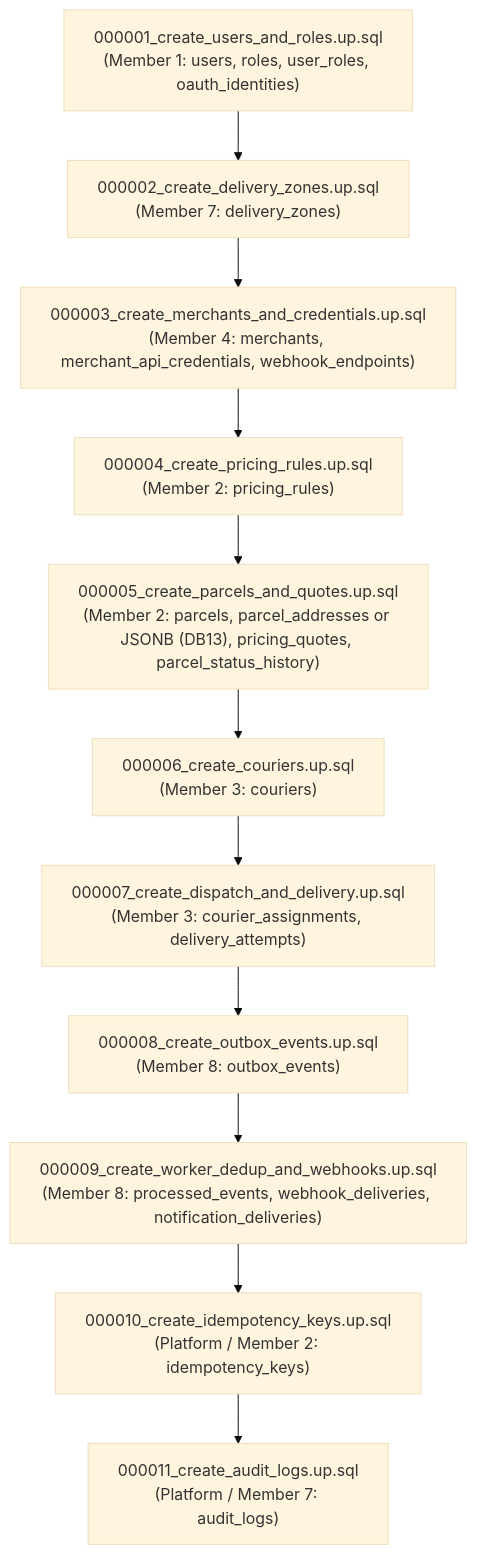
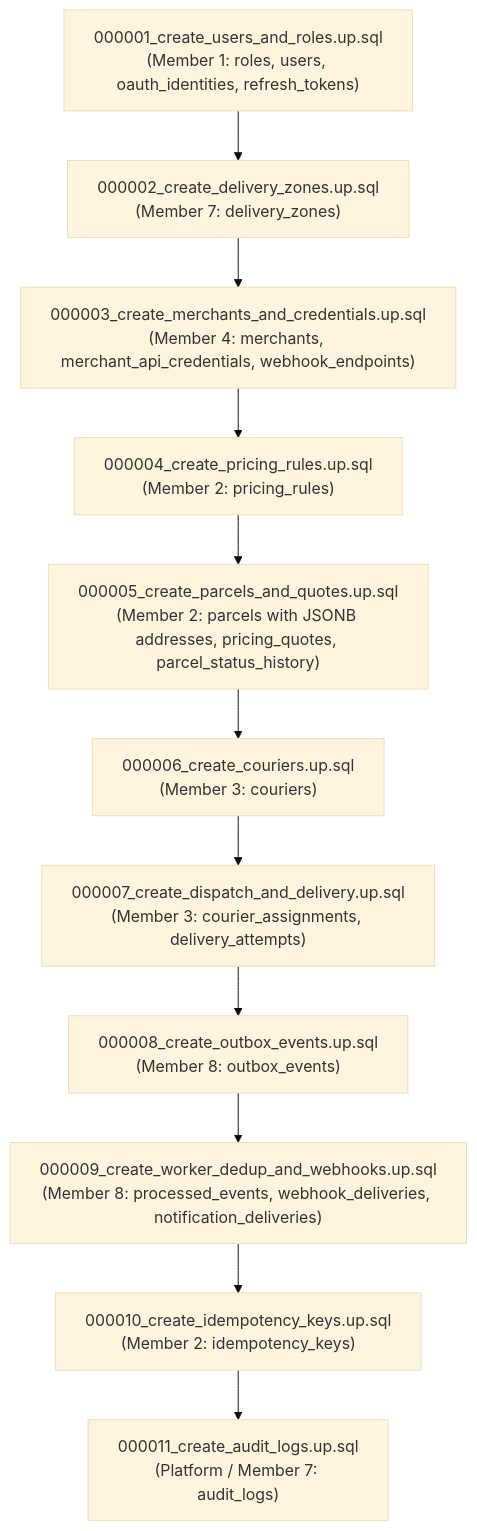
One commit to phantomTroupeEAD/SwiftDrop changed the third of 3 diagrams in docs/drafts/member-09-devops-k8s/MEMBER_09_ALIGNMENT_AND_SPECIFICATION_GUIDE.md. Above: the diagram before and after it, drawn with Mermaid (base theme). The commit also changed other lines of this file and 14 other files, not shown here.

````diff
--- a/docs/drafts/member-09-devops-k8s/MEMBER_09_ALIGNMENT_AND_SPECIFICATION_GUIDE.md
+++ b/docs/drafts/member-09-devops-k8s/MEMBER_09_ALIGNMENT_AND_SPECIFICATION_GUIDE.md
@@ -176,13 +176,13 @@
 ```mermaid
 flowchart TD
-    M01["000001_create_users_and_roles.up.sql<br/>(Member 1: users, roles, user_roles, oauth_identities)"] --> M02["000002_create_delivery_zones.up.sql<br/>(Member 7: delivery_zones)"]
+    M01["000001_create_users_and_roles.up.sql<br/>(Member 1: roles, users, oauth_identities, refresh_tokens)"] --> M02["000002_create_delivery_zones.up.sql<br/>(Member 7: delivery_zones)"]
     M02 --> M03["000003_create_merchants_and_credentials.up.sql<br/>(Member 4: merchants, merchant_api_credentials, webhook_endpoints)"]
     M03 --> M04["000004_create_pricing_rules.up.sql<br/>(Member 2: pricing_rules)"]
-    M04 --> M05["000005_create_parcels_and_quotes.up.sql<br/>(Member 2: parcels, parcel_addresses or JSONB (DB13), pricing_quotes, parcel_status_history)"]
+    M04 --> M05["000005_create_parcels_and_quotes.up.sql<br/>(Member 2: parcels with JSONB addresses, pricing_quotes, parcel_status_history)"]
     M05 --> M06["000006_create_couriers.up.sql<br/>(Member 3: couriers)"]
     M06 --> M07["000007_create_dispatch_and_delivery.up.sql<br/>(Member 3: courier_assignments, delivery_attempts)"]
     M07 --> M08["000008_create_outbox_events.up.sql<br/>(Member 8: outbox_events)"]
     M08 --> M09["000009_create_worker_dedup_and_webhooks.up.sql<br/>(Member 8: processed_events, webhook_deliveries, notification_deliveries)"]
-    M09 --> M10["000010_create_idempotency_keys.up.sql<br/>(Platform / Member 2: idempotency_keys)"]
+    M09 --> M10["000010_create_idempotency_keys.up.sql<br/>(Member 2: idempotency_keys)"]
     M10 --> M11["000011_create_audit_logs.up.sql<br/>(Platform / Member 7: audit_logs)"]
 ```
````
